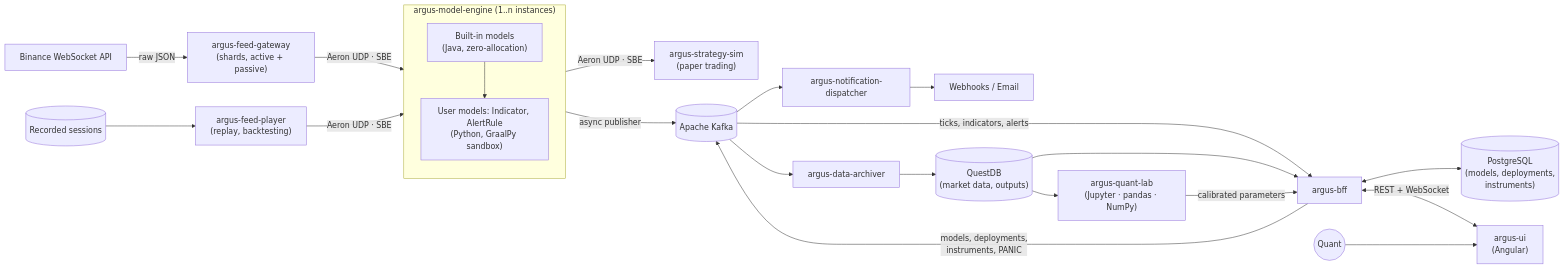
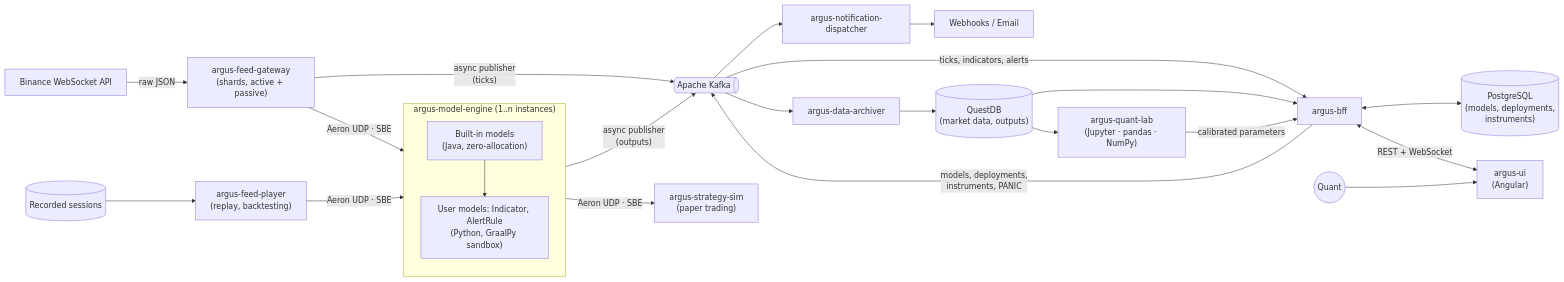
The diagram in README.md (MeSeeFoo/argus-quant-engine), drawn with Mermaid before and after one commit. The commit also changed other lines of this file and 9 other files, not shown here.

````diff
--- a/README.md
+++ b/README.md
@@ -55,31 +57,33 @@
 ```mermaid
 flowchart LR
+    K@{ shape: das, label: "Apache Kafka" }
     BIN["Binance WebSocket API"] -->|"raw JSON"| FG["argus-feed-gateway<br/>(shards, active + passive)"]
     FILES[("Recorded sessions")] --> FP["argus-feed-player<br/>(replay, backtesting)"]
     FG -->|"Aeron UDP · SBE"| ME
     FP -->|"Aeron UDP · SBE"| ME
+    FG -->|"async publisher<br/>(ticks)"| K
 
     subgraph ME["argus-model-engine (1..n instances)"]
         direction TB
         BM["Built-in models<br/>(Java, zero-allocation)"]
         PY["User models: Indicator, AlertRule<br/>(Python, GraalPy sandbox)"]
         BM --> PY
     end
 
     ME -->|"Aeron UDP · SBE"| STR["argus-strategy-sim<br/>(paper trading)"]
-    ME -->|"async publisher"| K[("Apache Kafka")]
+    ME -->|"async publisher<br/>(outputs)"| K
 
     K --> ND["argus-notification-dispatcher"]
     ND --> EXT["Webhooks / Email"]
     K --> DA["argus-data-archiver"]
     DA --> QDB[("QuestDB<br/>(market data, outputs)")]
 
     K -->|"ticks, indicators, alerts"| BFF["argus-bff"]
     QDB --> BFF
     BFF <--> PG[("PostgreSQL<br/>(models, deployments,<br/>instruments)")]
     BFF -->|"models, deployments,<br/>instruments, PANIC"| K
     QDB --> LAB["argus-quant-lab<br/>(Jupyter · pandas · NumPy)"]
     LAB -->|"calibrated parameters"| BFF
     BFF <-->|"REST + WebSocket"| UI["argus-ui<br/>(Angular)"]
     USR(("Quant")) --> UI
 ```
````
